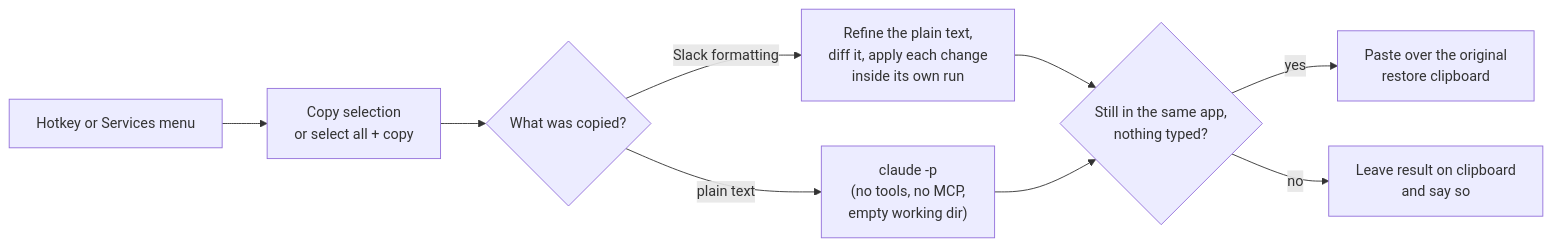
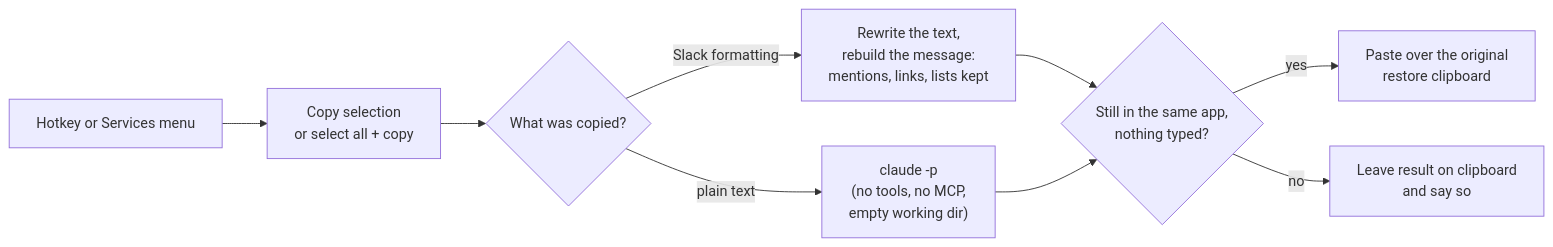
The diagram in README.md (RuneStone0/refine-anywhere), drawn with Mermaid before and after one commit. The commit also changed other lines of this file and 1 other file, not shown here.

````diff
--- a/README.md
+++ b/README.md
@@ -37,11 +116,11 @@
 ```mermaid
 flowchart LR
     A[Hotkey or Services menu] --> B[Copy selection<br/>or select all + copy]
     B --> C{What was copied?}
-    C -- Slack formatting --> D[Refine the plain text,<br/>diff it, apply each change<br/>inside its own run]
+    C -- Slack formatting --> D[Rewrite the text,<br/>rebuild the message:<br/>mentions, links, lists kept]
     C -- plain text --> E["claude -p<br/>(no tools, no MCP,<br/>empty working dir)"]
     D --> F{Still in the same app,<br/>nothing typed?}
     E --> F
     F -- yes --> G[Paste over the original<br/>restore clipboard]
     F -- no --> H[Leave result on clipboard<br/>and say so]
 ```
````
